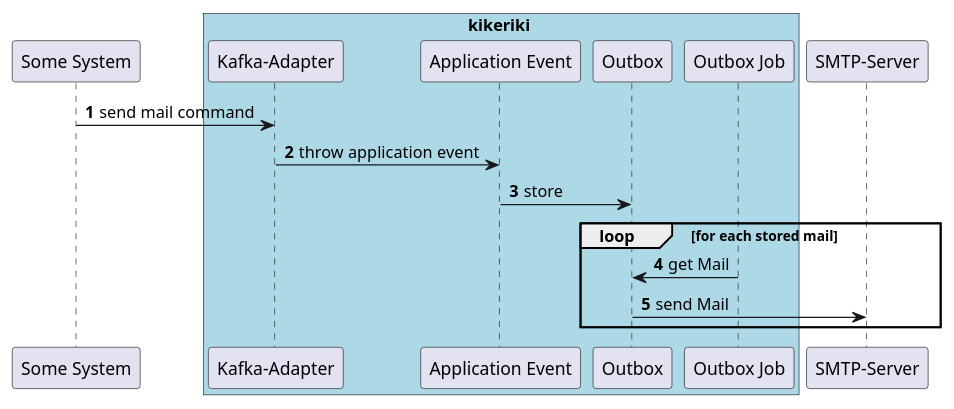
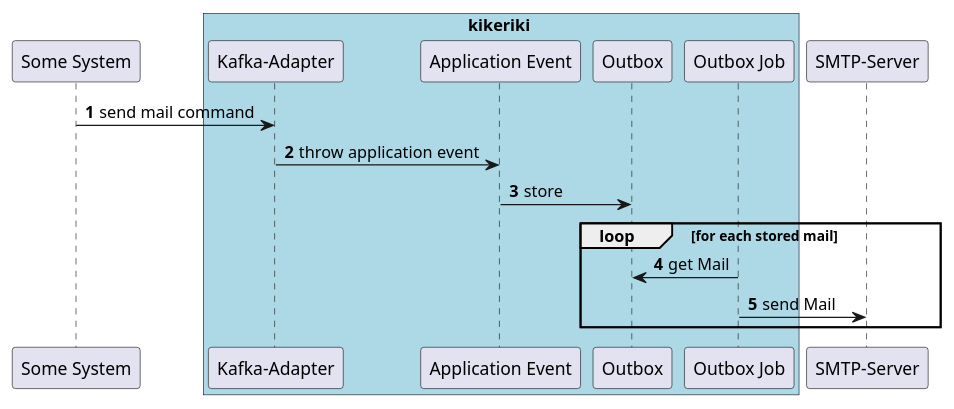
Before and after one commit to dancier/documentation: the second of 4 diagrams in src/main/jbake/content/documentation/arc42/src/06_runtime_view.adoc, drawn with PlantUML.

```diff
--- a/src/main/jbake/content/documentation/arc42/src/06_runtime_view.adoc
+++ b/src/main/jbake/content/documentation/arc42/src/06_runtime_view.adoc
@@ -33,26 +33,26 @@
 [plantuml, send-mail-kikeriki, svg]
 ....
 @startuml
 
 autonumber
 
 participant "Some System" as ss
 box kikeriki #LightBlue
 participant "Kafka-Adapter" as ka
 participant "Application Event" as ae
 participant "Outbox"
 participant "Outbox Job" as oj
 end box
 participant "SMTP-Server" as smtp
 
 ss -> ka: send mail command
 ka -> ae : throw application event
 ae -> Outbox: store
 
 loop for each stored mail
   oj -> Outbox : get Mail
-  Outbox -> smtp : send Mail
+  oj -> smtp : send Mail
 end
 
 @enduml
 ....
```
